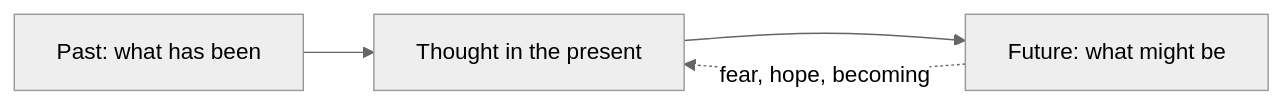
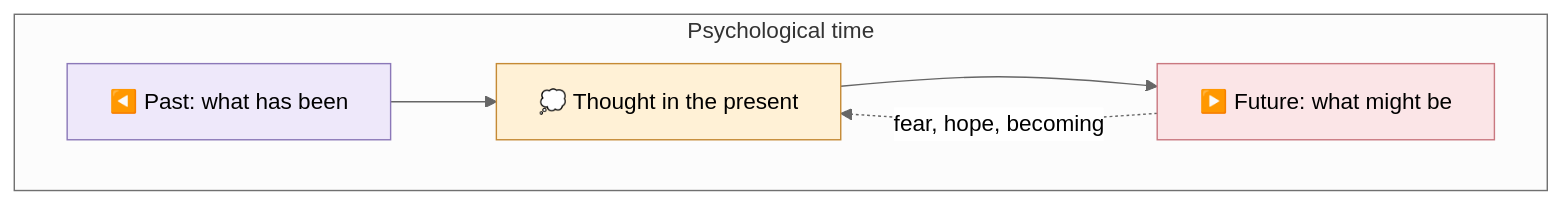
Before and after one commit to enogrob/enogrob.github.io: the sixth of 11 diagrams in _posts/2026-09-08-architecture-of-the-mind-krishnamurti.md, drawn with Mermaid (neutral theme). The commit also changed other lines of this file, not shown here.

````diff
--- a/_posts/2026-09-08-architecture-of-the-mind-krishnamurti.md
+++ b/_posts/2026-09-08-architecture-of-the-mind-krishnamurti.md
@@ -133,6 +241,14 @@
 ```mermaid!
-flowchart LR
-    P["Past: what has been"] --> T["Thought in the present"]
-    T --> F["Future: what might be"]
-    F -.->|fear, hope, becoming| T
+flowchart TD
+    subgraph TIME[Psychological time]
+      P["◀️ Past: what has been"] --> T["💭 Thought in the present"]
+      T --> F["▶️ Future: what might be"]
+      F -.->|fear, hope, becoming| T
+    end
+    classDef past fill:#eee8fa,stroke:#8b78b8,stroke-width:1px
+    classDef present fill:#fff1d6,stroke:#c58a35,stroke-width:1px
+    classDef future fill:#fbe5e7,stroke:#c97880,stroke-width:1px
+    class P past
+    class T present
+    class F future
 ```
````
